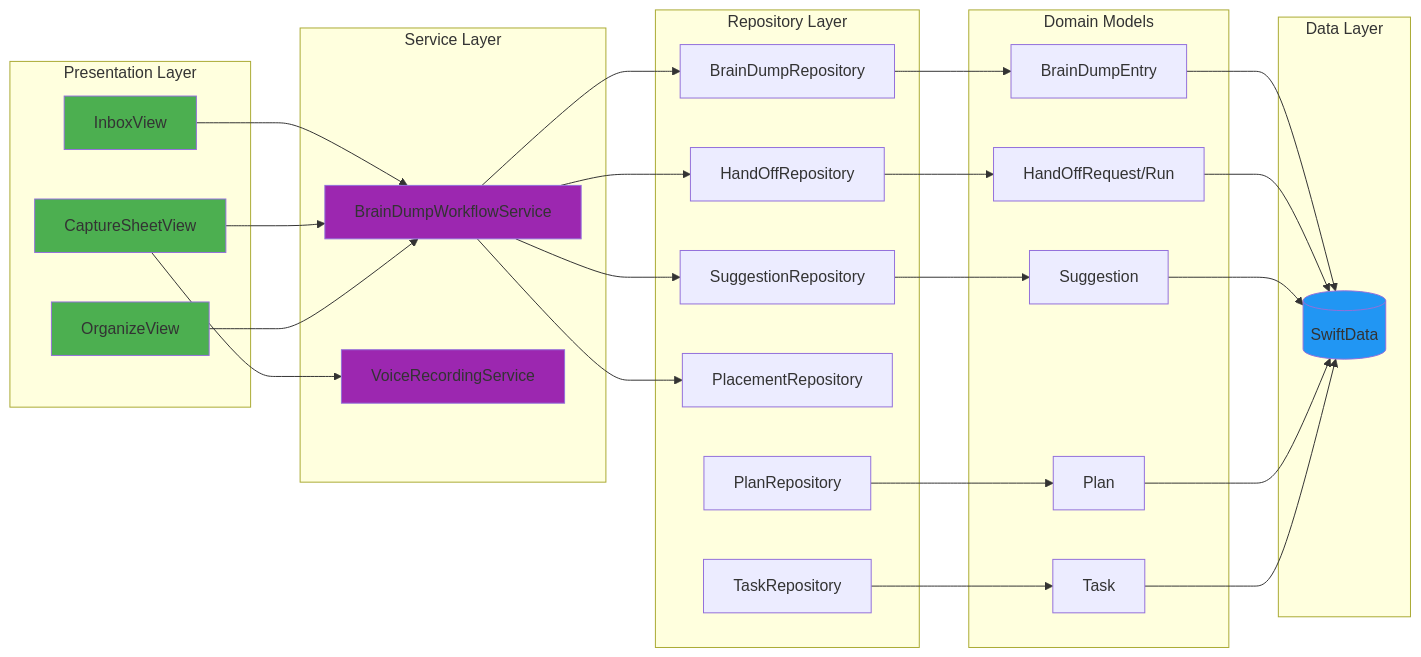
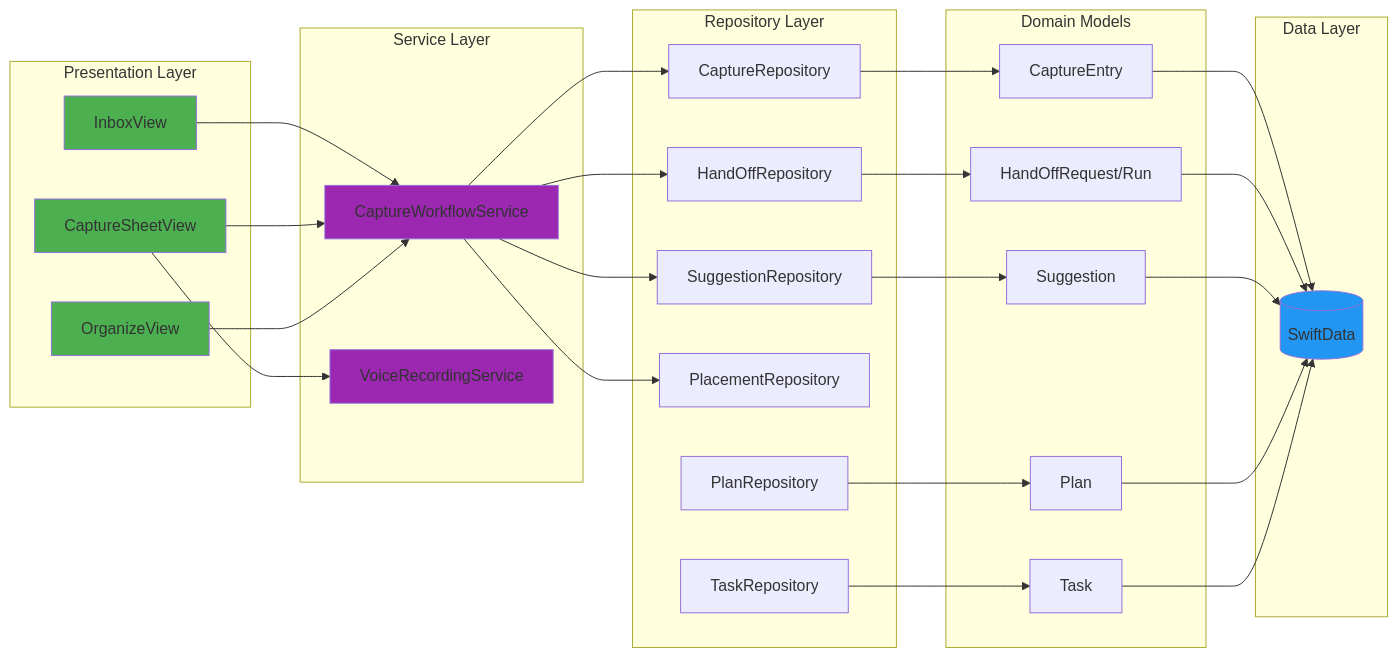
Before and after one commit to Will-Conklin/offload: the second of 4 diagrams in README.md, drawn with Mermaid. The commit also changed other lines of this file and 4 other files, not shown here.

Commit message:
Update documentation for current capture workflow

````diff
--- a/README.md
+++ b/README.md
@@ -102,63 +104,63 @@
 ```mermaid
 graph LR
     subgraph "Presentation Layer"
         INBOX[InboxView]
         CAPTURE[CaptureSheetView]
         ORGANIZE[OrganizeView]
     end
 
     subgraph "Service Layer"
-        WORKFLOW[BrainDumpWorkflowService]
+        WORKFLOW[CaptureWorkflowService]
         VOICE[VoiceRecordingService]
     end
 
     subgraph "Repository Layer"
-        BDREPO[BrainDumpRepository]
+        CREPO[CaptureRepository]
         HOREPO[HandOffRepository]
         SUGREPO[SuggestionRepository]
         PREPO[PlacementRepository]
         PLANREPO[PlanRepository]
         TREPO[TaskRepository]
     end
 
     subgraph "Domain Models"
-        BD[BrainDumpEntry]
+        CAP[CaptureEntry]
         HO[HandOffRequest/Run]
         SUG[Suggestion]
         PLAN[Plan]
         TASK[Task]
     end
 
     subgraph "Data Layer"
         SWIFTDATA[(SwiftData)]
     end
 
     INBOX --> WORKFLOW
     CAPTURE --> WORKFLOW
     CAPTURE --> VOICE
     ORGANIZE --> WORKFLOW
 
-    WORKFLOW --> BDREPO
+    WORKFLOW --> CREPO
     WORKFLOW --> HOREPO
     WORKFLOW --> SUGREPO
     WORKFLOW --> PREPO
 
-    BDREPO --> BD
+    CREPO --> CAP
     HOREPO --> HO
     SUGREPO --> SUG
     PLANREPO --> PLAN
     TREPO --> TASK
 
-    BD --> SWIFTDATA
+    CAP --> SWIFTDATA
     HO --> SWIFTDATA
     SUG --> SWIFTDATA
     PLAN --> SWIFTDATA
     TASK --> SWIFTDATA
 
     style INBOX fill:#4CAF50
     style CAPTURE fill:#4CAF50
     style ORGANIZE fill:#4CAF50
     style WORKFLOW fill:#9C27B0
     style VOICE fill:#9C27B0
     style SWIFTDATA fill:#2196F3
 ```
````
